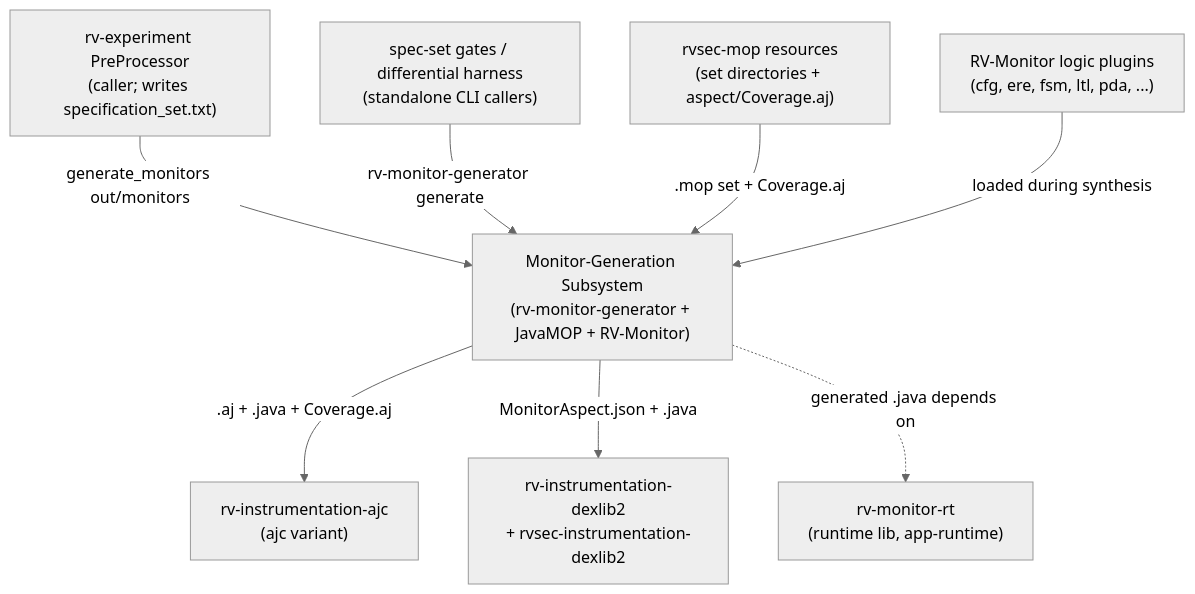
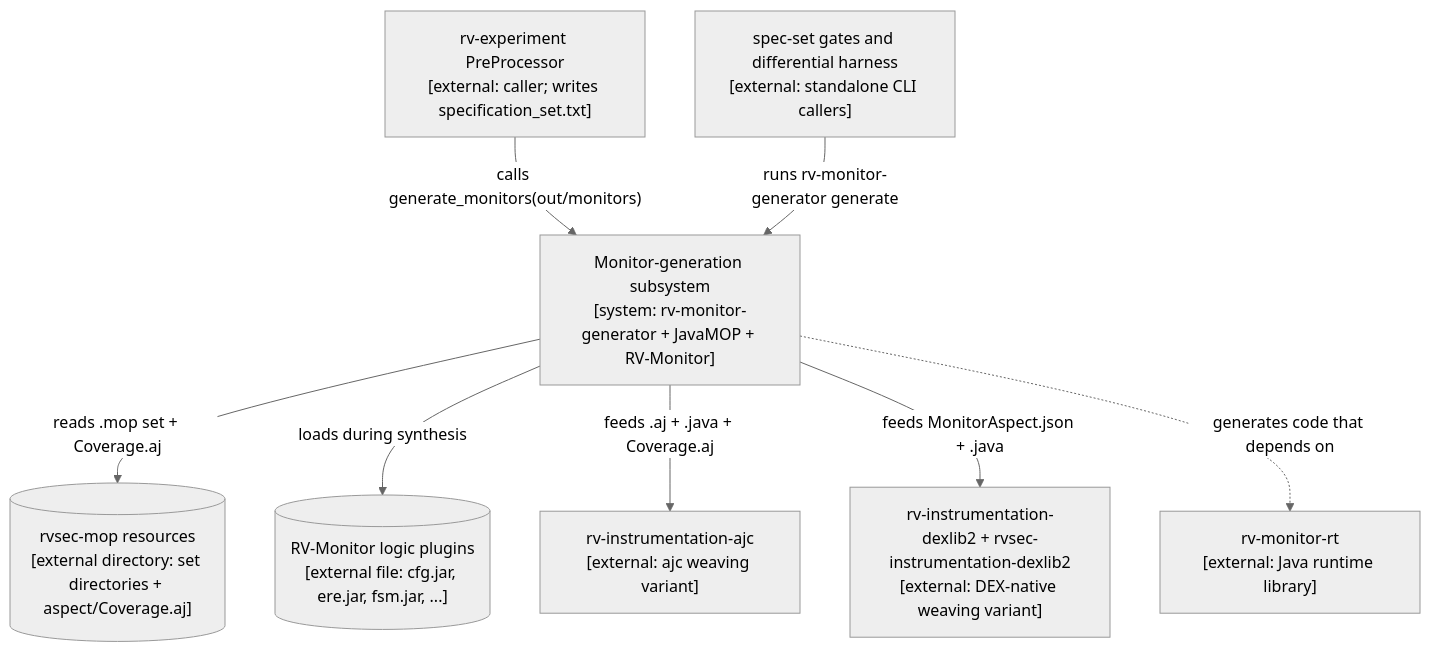
One commit to PAMunb/rvsec changed the first of 5 diagrams in rv-android/docs/architecture/monitor-generation.md. Above: the diagram before and after it, drawn with Mermaid. The commit also changed other lines of this file and 7 other files, not shown here.

````diff
--- a/rv-android/docs/architecture/monitor-generation.md
+++ b/rv-android/docs/architecture/monitor-generation.md
@@ -139,20 +143,21 @@
 ```mermaid
 %%{init: {'theme': 'neutral'}}%%
 flowchart TB
-    preproc["rv-experiment PreProcessor<br/>(caller; writes specification_set.txt)"]
-    gates["spec-set gates / differential harness<br/>(standalone CLI callers)"]
-    mopsrc["rvsec-mop resources<br/>(set directories + aspect/Coverage.aj)"]
-    subsys["Monitor-Generation Subsystem<br/>(rv-monitor-generator + JavaMOP + RV-Monitor)"]
-    plugins["RV-Monitor logic plugins<br/>(cfg, ere, fsm, ltl, pda, ...)"]
-    ajc["rv-instrumentation-ajc<br/>(ajc variant)"]
-    dexlib2["rv-instrumentation-dexlib2<br/>+ rvsec-instrumentation-dexlib2"]
-    rt["rv-monitor-rt<br/>(runtime lib, app-runtime)"]
+    %% Source: modules/rv-monitor-generator/src/rv_monitor_generator/, modules/rv-experiment/src/rv_experiment/experiment/workflow/pre_processor.py, scripts/gh104_diff_harness.py, ../rvsec/rvsec-mop/src/main/resources/, ../rv-monitor/target/release/rv-monitor/lib/plugins/
+    preproc["rv-experiment PreProcessor<br/>[external: caller; writes specification_set.txt]"]
+    gates["spec-set gates and differential harness<br/>[external: standalone CLI callers]"]
+    mopsrc[("rvsec-mop resources<br/>[external directory: set directories + aspect/Coverage.aj]")]
+    subsys["Monitor-generation subsystem<br/>[system: rv-monitor-generator + JavaMOP + RV-Monitor]"]
+    plugins[("RV-Monitor logic plugins<br/>[external file: cfg.jar, ere.jar, fsm.jar, ...]")]
+    ajc["rv-instrumentation-ajc<br/>[external: ajc weaving variant]"]
+    dexlib2["rv-instrumentation-dexlib2 + rvsec-instrumentation-dexlib2<br/>[external: DEX-native weaving variant]"]
+    rt["rv-monitor-rt<br/>[external: Java runtime library]"]
 
-    preproc -->|generate_monitors out/monitors| subsys
-    gates -->|rv-monitor-generator generate| subsys
-    mopsrc -->|.mop set + Coverage.aj| subsys
-    plugins -->|loaded during synthesis| subsys
-    subsys -->|.aj + .java + Coverage.aj| ajc
-    subsys -->|MonitorAspect.json + .java| dexlib2
-    subsys -.->|generated .java depends on| rt
+    preproc -->|"calls generate_monitors(out/monitors)"| subsys
+    gates -->|"runs rv-monitor-generator generate"| subsys
+    subsys -->|"reads .mop set + Coverage.aj"| mopsrc
+    subsys -->|"loads during synthesis"| plugins
+    subsys -->|"feeds .aj + .java + Coverage.aj"| ajc
+    subsys -->|"feeds MonitorAspect.json + .java"| dexlib2
+    subsys -.->|"generates code that depends on"| rt
 ```
````
